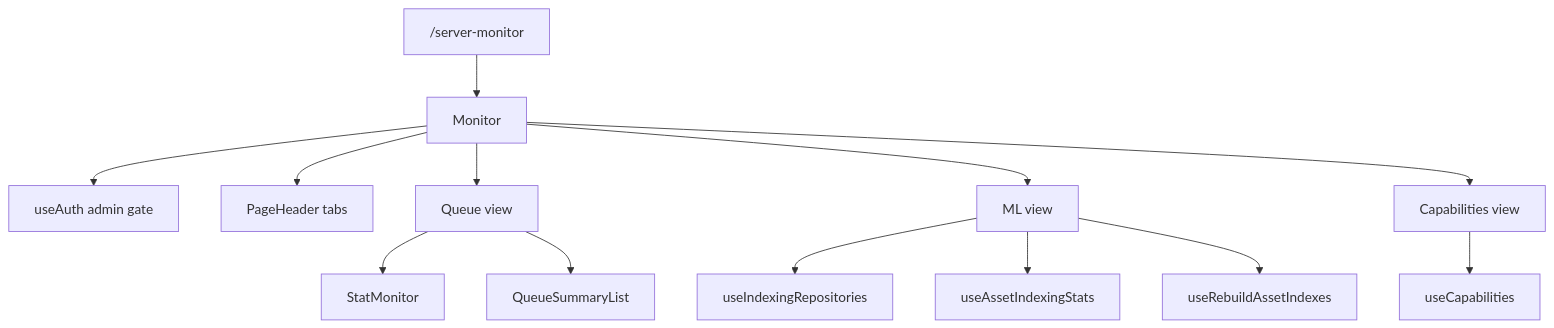
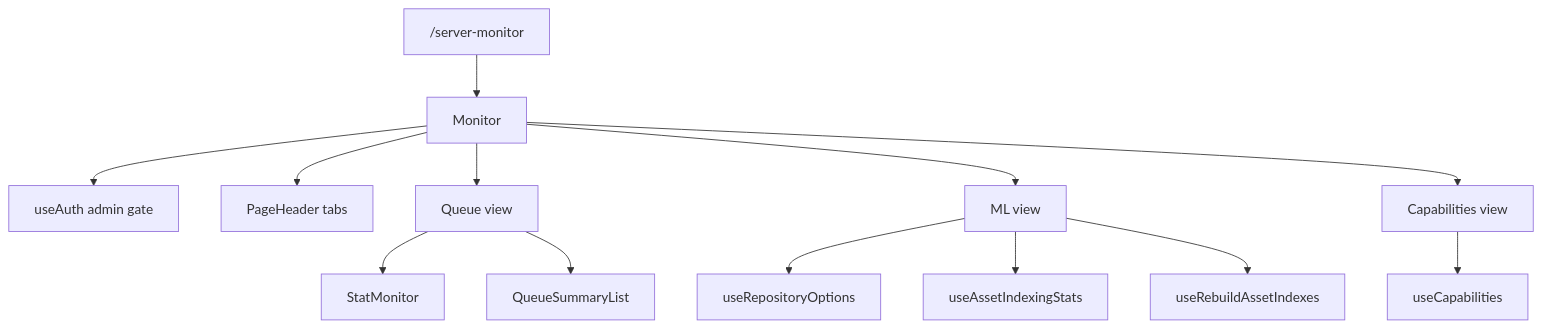
One commit to EdwinZhanCN/Lumilio-Photos changed the diagram in web/src/features/monitor/doc.md. Above: the diagram before and after it, drawn with Mermaid. The commit also changed other lines of this file and 42 other files, not shown here.

````diff
--- a/web/src/features/monitor/doc.md
+++ b/web/src/features/monitor/doc.md
@@ -52,15 +52,15 @@
 ```mermaid
 flowchart TD
     ROUTE["/server-monitor"] --> MON["Monitor"]
     MON --> AUTH["useAuth admin gate"]
     MON --> HEADER["PageHeader tabs"]
     MON --> QUEUE["Queue view"]
     MON --> ML["ML view"]
     MON --> CAP["Capabilities view"]
     QUEUE --> STATS["StatMonitor"]
     QUEUE --> SUMMARY["QueueSummaryList"]
-    ML --> REPOS["useIndexingRepositories"]
+    ML --> REPOS["useRepositoryOptions"]
     ML --> INDEX["useAssetIndexingStats"]
     ML --> REBUILD["useRebuildAssetIndexes"]
     CAP --> CAPHOOK["useCapabilities"]
 ```
````
